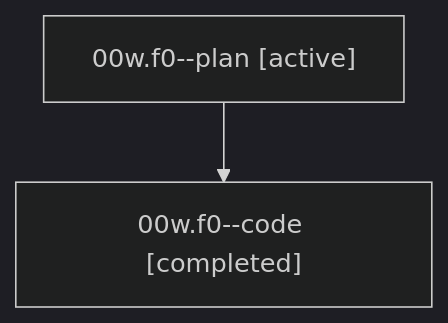
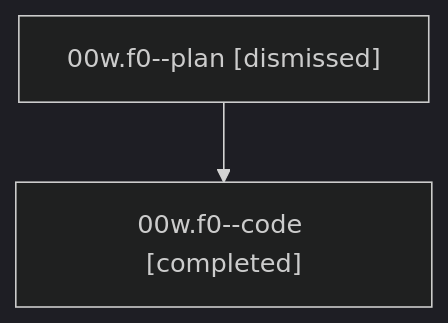
The diagram in sessions/bbugyi200.athena.00w.f0.md (bobs-org/bob-cli--agents), drawn with Mermaid (dark theme) before and after one commit. The commit also changed other lines of this file and 62 other files, not shown here.

````diff
--- a/sessions/bbugyi200.athena.00w.f0.md
+++ b/sessions/bbugyi200.athena.00w.f0.md
@@ -9,6 +9,6 @@
 ```mermaid
 flowchart TD
-  n0["00w.f0--plan [active]"]
+  n0["00w.f0--plan [dismissed]"]
   n1["00w.f0--code [completed]"]
   n0 --> n1
 ```
````
